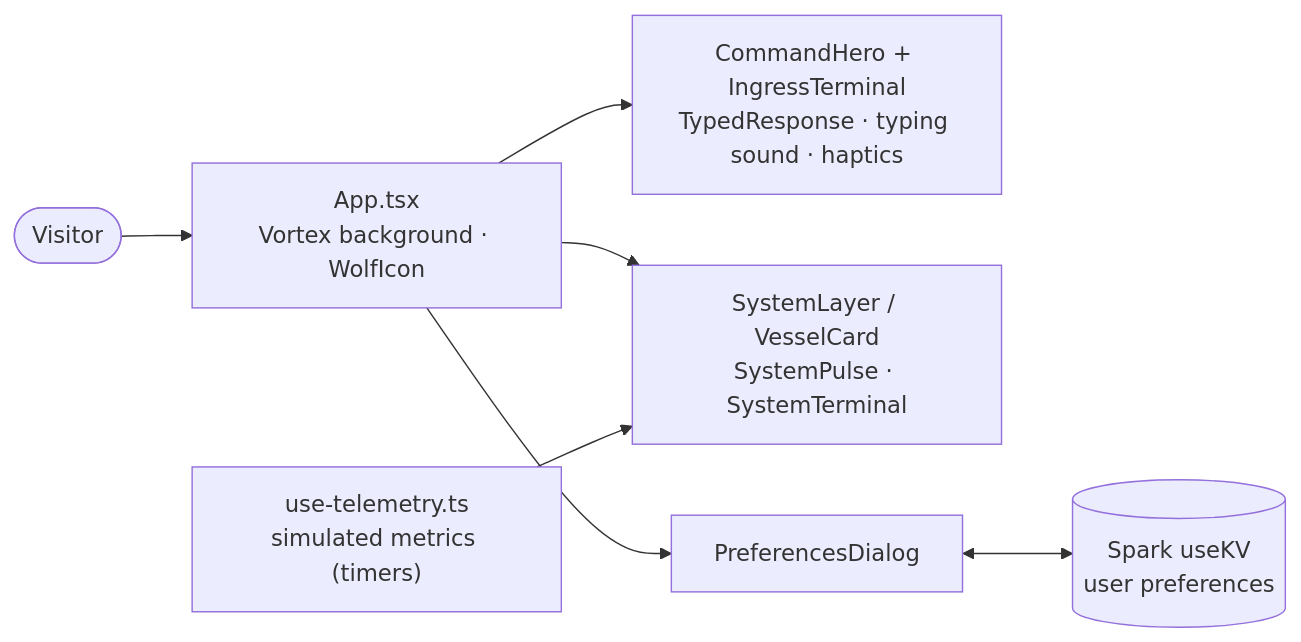
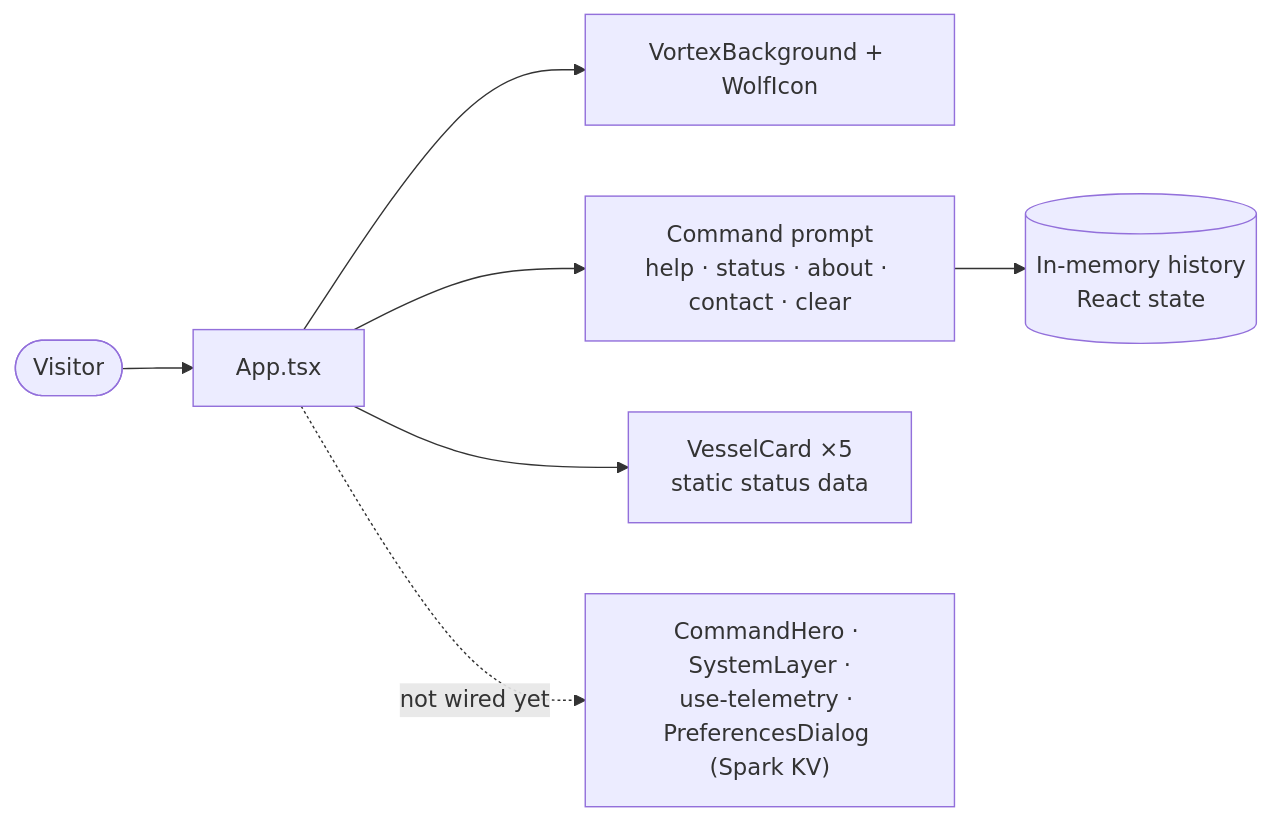
Before and after one commit to FriskyDevelopments/frisky-command-deck: the diagram in README.md, drawn with Mermaid. The commit also changed other lines of this file, not shown here.

Commit message:
docs: README reflects what App.tsx actually renders

````diff
--- a/README.md
+++ b/README.md
@@ -11,9 +11,9 @@
 ```mermaid
 flowchart LR
-  user([Visitor]) --> app[App.tsx<br/>Vortex background · WolfIcon]
-  app --> hero[CommandHero + IngressTerminal<br/>TypedResponse · typing sound · haptics]
-  app --> system[SystemLayer / VesselCard<br/>SystemPulse · SystemTerminal]
-  tele["use-telemetry.ts<br/>simulated metrics (timers)"] --> system
-  prefs[PreferencesDialog] <--> kv[("Spark useKV<br/>user preferences")]
-  app --> prefs
+  user([Visitor]) --> app[App.tsx]
+  app --> bg[VortexBackground + WolfIcon]
+  app --> prompt["Command prompt<br/>help · status · about · contact · clear"]
+  prompt --> history[(In-memory history<br/>React state)]
+  app --> cards["VesselCard ×5<br/>static status data"]
+  app -.->|not wired yet| extra["CommandHero · SystemLayer ·<br/>use-telemetry · PreferencesDialog (Spark KV)"]
 ```
````
